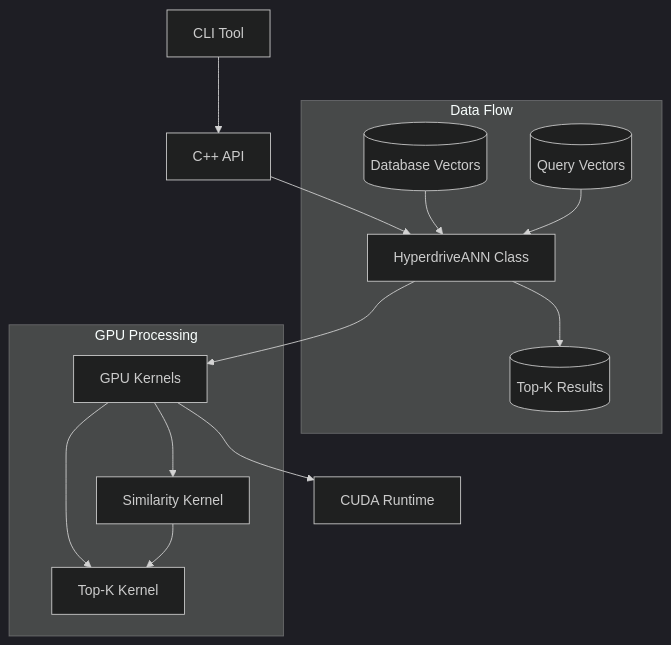
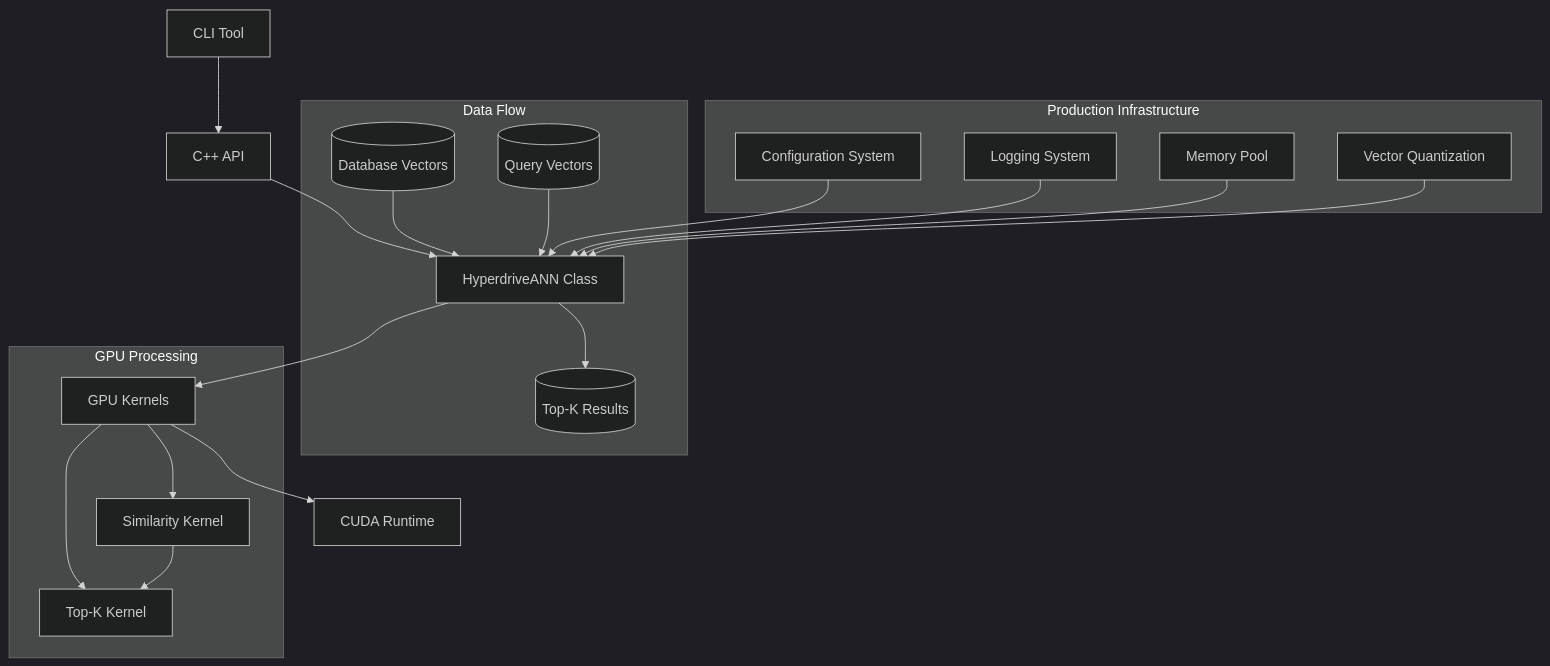
One commit to ruskaruma/hyperdrive-ann changed the first of 4 diagrams in architecture.md. Above: the diagram before and after it, drawn with Mermaid (dark theme). The commit also changed other lines of this file and 1 other file, not shown here.

Commit message:
feat: add production infrastructure with config, logging, memory pool, and DOCKER

````diff
--- a/architecture.md
+++ b/architecture.md
@@ -9,21 +9,33 @@
 ```mermaid
 graph TB
     CLI[CLI Tool] --> API[C++ API]
     API --> ANN[HyperdriveANN Class]
     ANN --> GPU[GPU Kernels]
     GPU --> CUDA[CUDA Runtime]
+    
+    subgraph "Production Infrastructure"
+        CONFIG[Configuration System]
+        LOG[Logging System]
+        MEM[Memory Pool]
+        QUANT[Vector Quantization]
+    end
     
     subgraph "Data Flow"
         DB[(Database Vectors)]
         Q[(Query Vectors)]
         DB --> ANN
         Q --> ANN
         ANN --> RES[(Top-K Results)]
     end
     
     subgraph "GPU Processing"
         GPU --> SIM[Similarity Kernel]
         GPU --> TOP[Top-K Kernel]
         SIM --> TOP
     end
+    
+    CONFIG --> ANN
+    LOG --> ANN
+    MEM --> ANN
+    QUANT --> ANN
 ```
````
